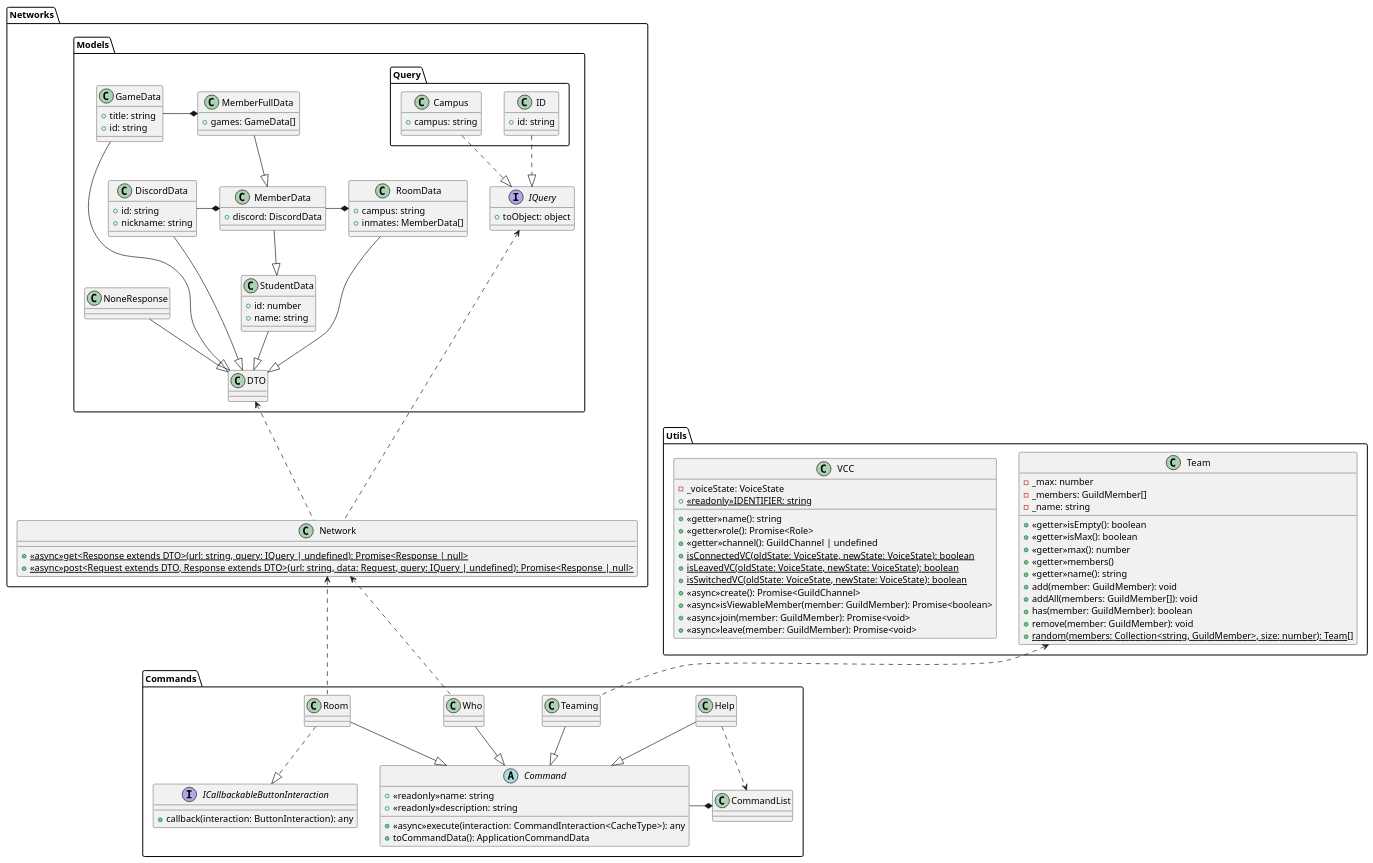
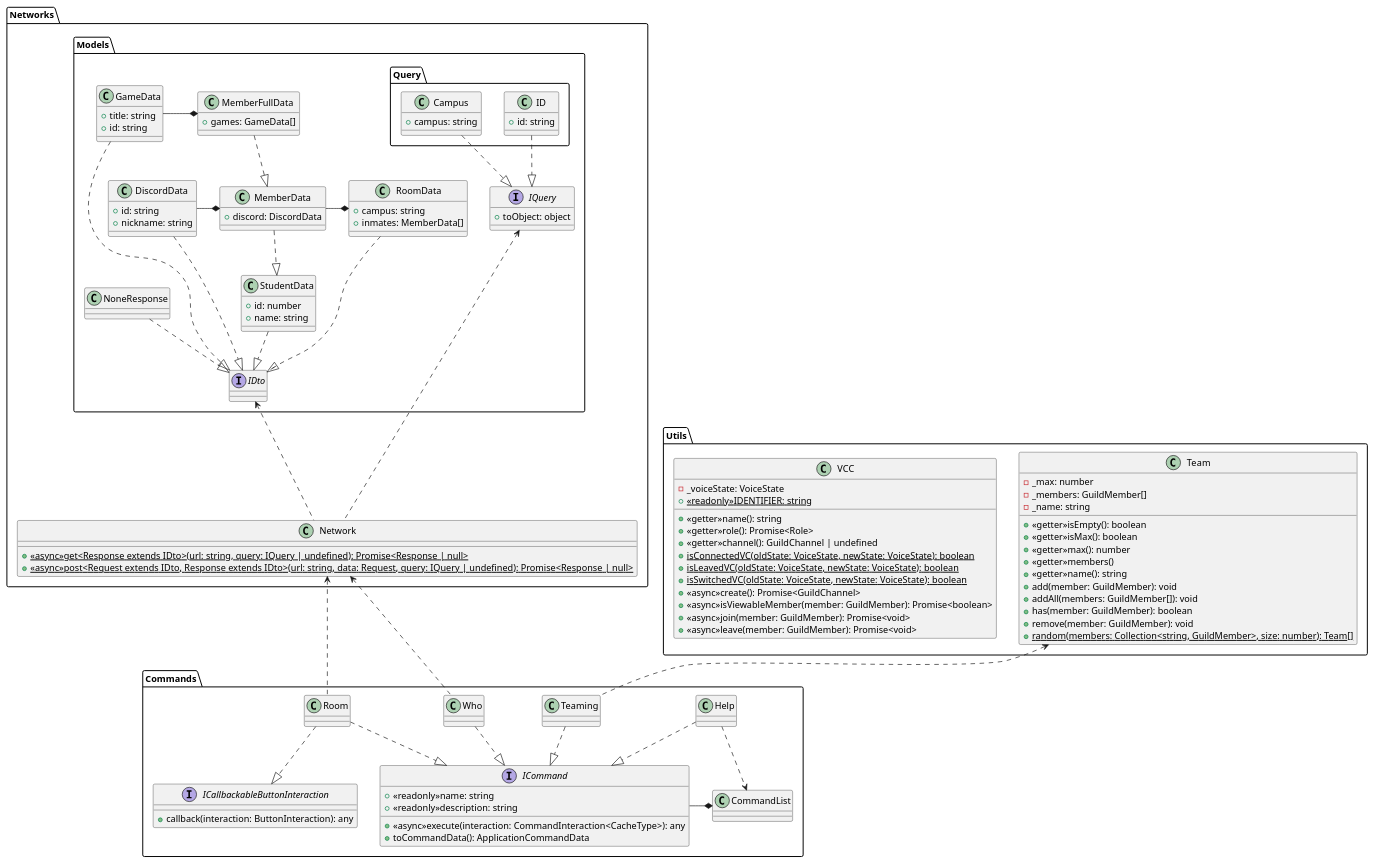
Before and after one commit to nmskm240/Discord-bot: the diagram in classDiaglam.pu, drawn with PlantUML. The commit also changed 19 other files, not shown here.

```diff
--- a/classDiaglam.pu
+++ b/classDiaglam.pu
@@ -1,155 +1,155 @@
 @startuml Discord-bot
 
 package Commands
 {
-    abstract class Command
+    interface ICommand
     {
         +<<readonly>>name: string
         +<<readonly>>description: string
         +<<async>>execute(interaction: CommandInteraction<CacheType>): any
         +toCommandData(): ApplicationCommandData
     }
     interface ICallbackableButtonInteraction
     {
         +callback(interaction: ButtonInteraction): any
     }
     class CommandList
     class Help
     class Room
     class Teaming
     class Who
 }
 
 package Networks
 {
     package Models
     {
         package Query
         {
             class ID
             {
                 +id: string
             }
 
             class Campus 
             {
                 +campus: string
             }
         }
 
         class RoomData
         {
             +campus: string
             +inmates: MemberData[]
         }
 
         class DiscordData
         {
             +id: string
             +nickname: string
         }
 
         class GameData
         {
             +title: string
             +id: string
         }
 
         class MemberData
         {
             +discord: DiscordData
         }
 
         class MemberFullData
         {
             +games: GameData[]
         }
 
         class StudentData 
         {
             +id: number
             +name: string
         }
 
         class NoneResponse
-        class DTO
+        interface IDto
         interface IQuery
         {
             +toObject: object
         }
     }
 
     class Network
     {
-        +<<async>>{static}get<Response extends DTO>(url: string, query: IQuery | undefined): Promise<Response | null>
-        +<<async>>{static}post<Request extends DTO, Response extends DTO>(url: string, data: Request, query: IQuery | undefined): Promise<Response | null>
+        +<<async>>{static}get<Response extends IDto>(url: string, query: IQuery | undefined): Promise<Response | null>
+        +<<async>>{static}post<Request extends IDto, Response extends IDto>(url: string, data: Request, query: IQuery | undefined): Promise<Response | null>
     }
 }
 
 package Utils
 {
     class Team
     {
         -_max: number
         -_members: GuildMember[]
         -_name: string
         +<<getter>>isEmpty(): boolean
         +<<getter>>isMax(): boolean
         +<<getter>>max(): number
         +<<getter>>members()
         +<<getter>>name(): string
         +add(member: GuildMember): void
         +addAll(members: GuildMember[]): void
         +has(member: GuildMember): boolean
         +remove(member: GuildMember): void
         +{static}random(members: Collection<string, GuildMember>, size: number): Team[]
     }
 
     class VCC
     {
         -_voiceState: VoiceState
         +<<getter>>name(): string
         +<<getter>>role(): Promise<Role>
         +<<getter>>channel(): GuildChannel | undefined
         +<<readonly>>{static}IDENTIFIER: string
         +{static}isConnectedVC(oldState: VoiceState, newState: VoiceState): boolean
         +{static}isLeavedVC(oldState: VoiceState, newState: VoiceState): boolean
         +{static}isSwitchedVC(oldState: VoiceState, newState: VoiceState): boolean
         +<<async>>create(): Promise<GuildChannel>
         +<<async>>isViewableMember(member: GuildMember): Promise<boolean>
         +<<async>>join(member: GuildMember): Promise<void>
         +<<async>>leave(member: GuildMember): Promise<void>
     }
 }
 
-Help --|> Command
-Room --|> Command
-Teaming --|> Command
-Who --|> Command
+Help ..|> ICommand
+Room ..|> ICommand
+Teaming ..|> ICommand
+Who ..|> ICommand
 
-RoomData --|> DTO
-DiscordData --|> DTO
-GameData --|> DTO
-StudentData --|> DTO
-NoneResponse --|> DTO
-MemberData --|> StudentData
-MemberFullData --|> MemberData
+RoomData ..|> IDto
+DiscordData ..|> IDto
+GameData ..|> IDto
+StudentData ..|> IDto
+NoneResponse ..|> IDto
+MemberData ..|> StudentData
+MemberFullData ..|> MemberData
 
 Room ..|> ICallbackableButtonInteraction
 
 Campus ..|> IQuery
 ID ..|> IQuery
 
-Command -* CommandList
+ICommand -* CommandList
 DiscordData -* MemberData
 GameData -* MemberFullData
 MemberData -* RoomData
 
 Help ..> CommandList
 Teaming .up.> Team
 Room .up.> Network
 Who .up.> Network
 Network .up.> IQuery
-Network .up.> DTO
+Network .up.> IDto
 
 @enduml
```
